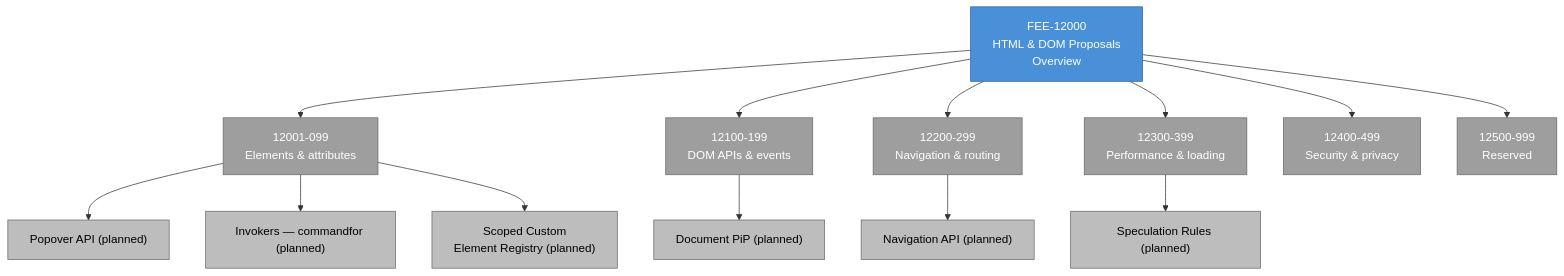
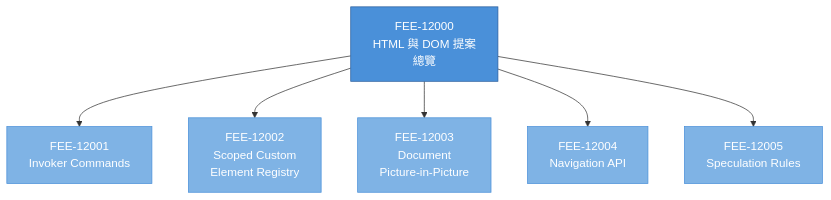
Before and after one commit to alivedise/frontend-engineering-essentials: the diagram in docs/zh-tw/Web Platform Proposals/HTML and DOM Proposals/12000.md, drawn with Mermaid. The commit also changed other lines of this file and 1 other file, not shown here.

Commit message:
docs(fee): update FEE-12000 overview for sequential sub-article IDs
Replace the topic-based sub-range diagram and range table with a flat
listing of sub-articles 12001-12005. Refresh surrounding prose to drop
stale sub-range references and Popover-first reading order; add
audience-indexed entry guidance and graduation-tracking notes.

````diff
--- a/docs/zh-tw/Web Platform Proposals/HTML and DOM Proposals/12000.md
+++ b/docs/zh-tw/Web Platform Proposals/HTML and DOM Proposals/12000.md
@@ -178,46 +178,23 @@
 ```mermaid
 graph TD
-    FEE12000["FEE-12000<br/>HTML & DOM Proposals<br/>Overview"]
+    FEE12000["FEE-12000<br/>HTML 與 DOM 提案<br/>總覽"]
 
-    ELEMENTS["12001-099<br/>Elements & attributes"]
-    DOM["12100-199<br/>DOM APIs & events"]
-    NAV["12200-299<br/>Navigation & routing"]
-    PERF["12300-399<br/>Performance & loading"]
-    SEC["12400-499<br/>Security & privacy"]
-    RESERVED["12500-999<br/>Reserved"]
+    FEE12001["FEE-12001<br/>Invoker Commands"]
+    FEE12002["FEE-12002<br/>Scoped Custom<br/>Element Registry"]
+    FEE12003["FEE-12003<br/>Document<br/>Picture-in-Picture"]
+    FEE12004["FEE-12004<br/>Navigation API"]
+    FEE12005["FEE-12005<br/>Speculation Rules"]
 
-    POPOVER["Popover API (planned)"]
-    INVOKERS["Invokers — commandfor (planned)"]
-    NAVAPI["Navigation API (planned)"]
-    SPECRULES["Speculation Rules (planned)"]
-    DOCPIP["Document PiP (planned)"]
-    SCOPEDCE["Scoped Custom<br/>Element Registry (planned)"]
-
-    FEE12000 --> ELEMENTS
-    FEE12000 --> DOM
-    FEE12000 --> NAV
-    FEE12000 --> PERF
-    FEE12000 --> SEC
-    FEE12000 --> RESERVED
-
-    ELEMENTS --> POPOVER
-    ELEMENTS --> INVOKERS
-    ELEMENTS --> SCOPEDCE
-    DOM --> DOCPIP
-    NAV --> NAVAPI
-    PERF --> SPECRULES
+    FEE12000 --> FEE12001
+    FEE12000 --> FEE12002
+    FEE12000 --> FEE12003
+    FEE12000 --> FEE12004
+    FEE12000 --> FEE12005
 
     style FEE12000 fill:#4A90D9,color:#fff,stroke:#2A5F9E
-    style ELEMENTS fill:#9E9E9E,color:#fff,stroke:#6A6A6A
-    style DOM fill:#9E9E9E,color:#fff,stroke:#6A6A6A
-    style NAV fill:#9E9E9E,color:#fff,stroke:#6A6A6A
-    style PERF fill:#9E9E9E,color:#fff,stroke:#6A6A6A
-    style SEC fill:#9E9E9E,color:#fff,stroke:#6A6A6A
-    style RESERVED fill:#9E9E9E,color:#fff,stroke:#6A6A6A
-    style POPOVER fill:#BDBDBD,color:#000,stroke:#6A6A6A
-    style INVOKERS fill:#BDBDBD,color:#000,stroke:#6A6A6A
-    style NAVAPI fill:#BDBDBD,color:#000,stroke:#6A6A6A
-    style SPECRULES fill:#BDBDBD,color:#000,stroke:#6A6A6A
-    style DOCPIP fill:#BDBDBD,color:#000,stroke:#6A6A6A
-    style SCOPEDCE fill:#BDBDBD,color:#000,stroke:#6A6A6A
+    style FEE12001 fill:#7FB3E5,color:#fff,stroke:#4A90D9
+    style FEE12002 fill:#7FB3E5,color:#fff,stroke:#4A90D9
+    style FEE12003 fill:#7FB3E5,color:#fff,stroke:#4A90D9
+    style FEE12004 fill:#7FB3E5,color:#fff,stroke:#4A90D9
+    style FEE12005 fill:#7FB3E5,color:#fff,stroke:#4A90D9
 ```
````
